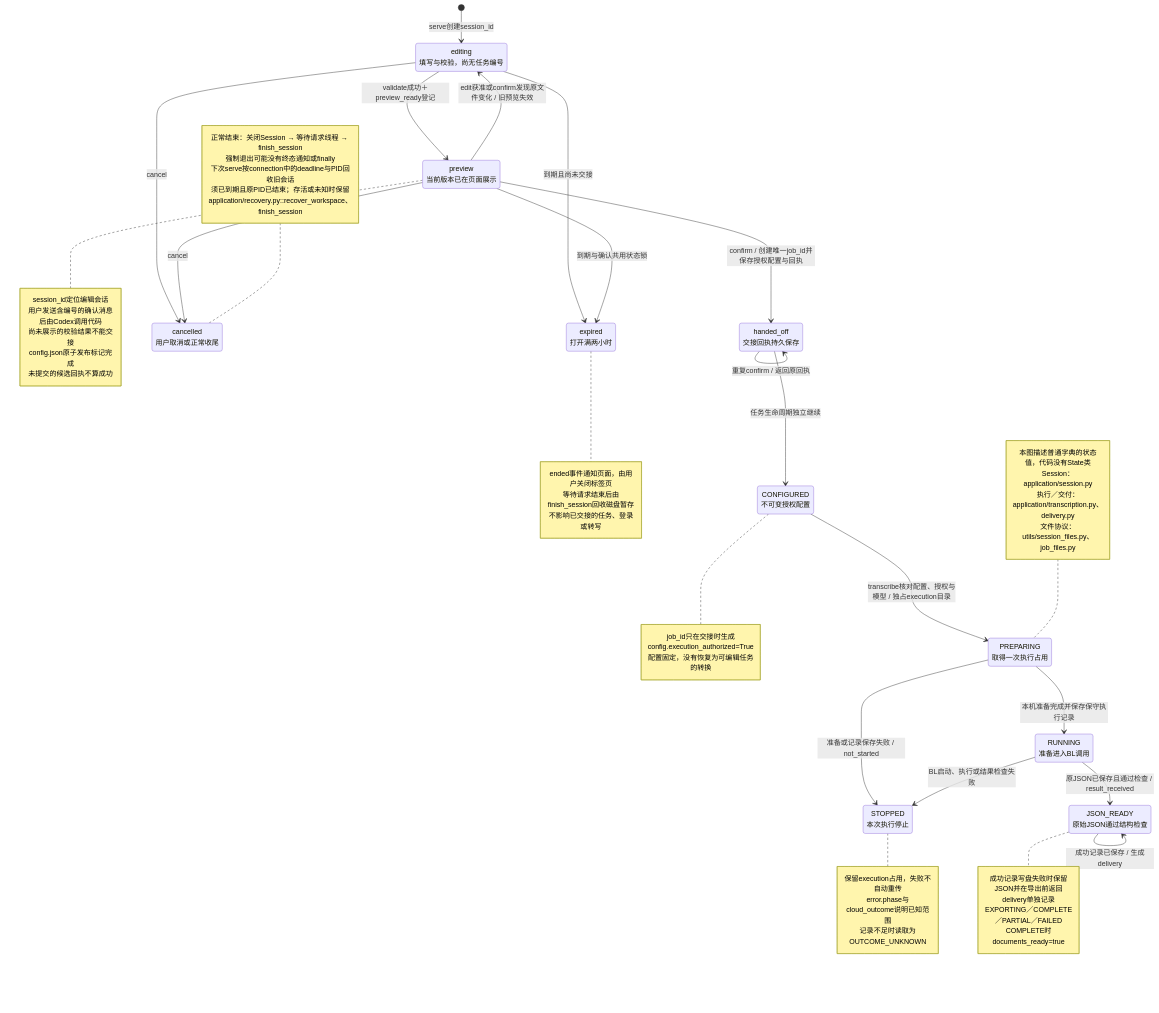
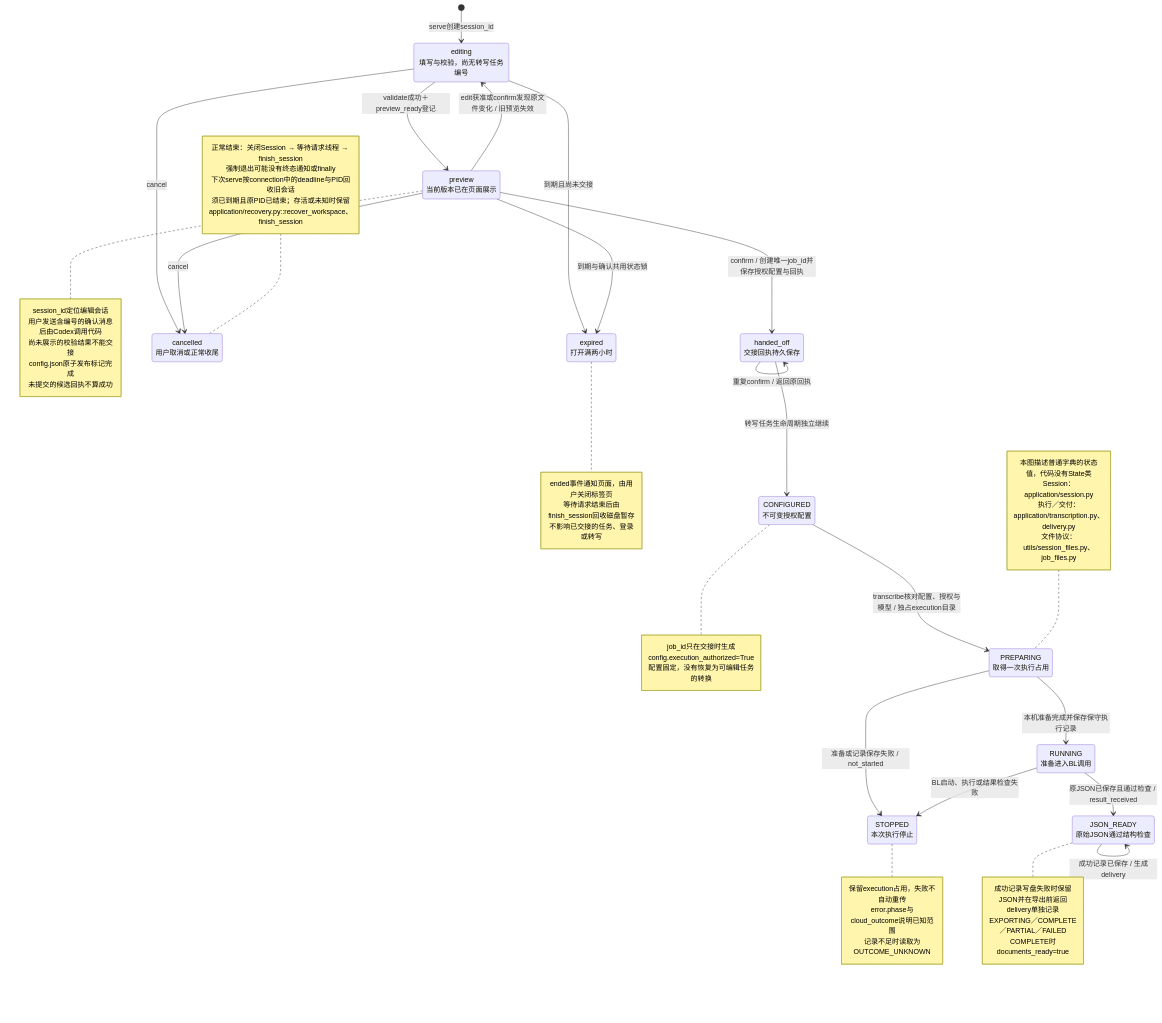
The diagram in doc/uml/07-state.mmd (hx101700/memoflow), drawn with Mermaid before and after one commit. The commit also changed 66 other files, not shown here.

Commit message:
docs: unify terminology and refine README diagrams

```diff
--- a/doc/uml/07-state.mmd
+++ b/doc/uml/07-state.mmd
@@ -1,70 +1,70 @@
 stateDiagram-v2
 direction TB
-state "editing<br/>填写与校验，尚无任务编号" as Editing
+state "editing<br/>填写与校验，尚无转写任务编号" as Editing
 state "preview<br/>当前版本已在页面展示" as Preview
 state "handed_off<br/>交接回执持久保存" as HandedOff
 state "expired<br/>打开满两小时" as Expired
 state "cancelled<br/>用户取消或正常收尾" as Cancelled
 [*] --> Editing : serve创建session_id
 Editing --> Preview : validate成功＋preview_ready登记
 Preview --> Editing : edit获准或confirm发现原文件变化 / 旧预览失效
 Editing --> Expired : 到期且尚未交接
 Preview --> Expired : 到期与确认共用状态锁
 Editing --> Cancelled : cancel
 Preview --> Cancelled : cancel
 Preview --> HandedOff : confirm / 创建唯一job_id并保存授权配置与回执
 HandedOff --> HandedOff : 重复confirm / 返回原回执
 note right of Preview
   session_id定位编辑会话
   用户发送含编号的确认消息后由Codex调用代码
   尚未展示的校验结果不能交接
   config.json原子发布标记完成
   未提交的候选回执不算成功
 end note
 note right of Expired
   ended事件通知页面，由用户关闭标签页
   等待请求结束后由finish_session回收磁盘暂存
   不影响已交接的任务、登录或转写
 end note
 
 state "CONFIGURED<br/>不可变授权配置" as Configured
 state "PREPARING<br/>取得一次执行占用" as Preparing
 state "RUNNING<br/>准备进入BL调用" as Running
 state "STOPPED<br/>本次执行停止" as Stopped
 state "JSON_READY<br/>原始JSON通过结构检查" as JsonReady
-HandedOff --> Configured : 任务生命周期独立继续
+HandedOff --> Configured : 转写任务生命周期独立继续
 Configured --> Preparing : transcribe核对配置、授权与模型 / 独占execution目录
 Preparing --> Running : 本机准备完成并保存保守执行记录
 Preparing --> Stopped : 准备或记录保存失败 / not_started
 Running --> Stopped : BL启动、执行或结果检查失败
 Running --> JsonReady : 原JSON已保存且通过检查 / result_received
 JsonReady --> JsonReady : 成功记录已保存 / 生成delivery
 note right of Configured
   job_id只在交接时生成
   config.execution_authorized=True
   配置固定，没有恢复为可编辑任务的转换
 end note
 note right of Stopped
   保留execution占用，失败不自动重传
   error.phase与cloud_outcome说明已知范围
   记录不足时读取为OUTCOME_UNKNOWN
 end note
 note right of JsonReady
   成功记录写盘失败时保留JSON并在导出前返回
   delivery单独记录EXPORTING／COMPLETE／PARTIAL／FAILED
   COMPLETE时documents_ready=true
 end note
 note left of Preparing
   本图描述普通字典的状态值，代码没有State类
   Session：application/session.py
   执行／交付：application/transcription.py、delivery.py
   文件协议：utils/session_files.py、job_files.py
 end note
 
 note left of Cancelled
   正常结束：关闭Session → 等待请求线程 → finish_session
   强制退出可能没有终态通知或finally
   下次serve按connection中的deadline与PID回收旧会话
   须已到期且原PID已结束；存活或未知时保留
   application/recovery.py::recover_workspace、finish_session
 end note
```
